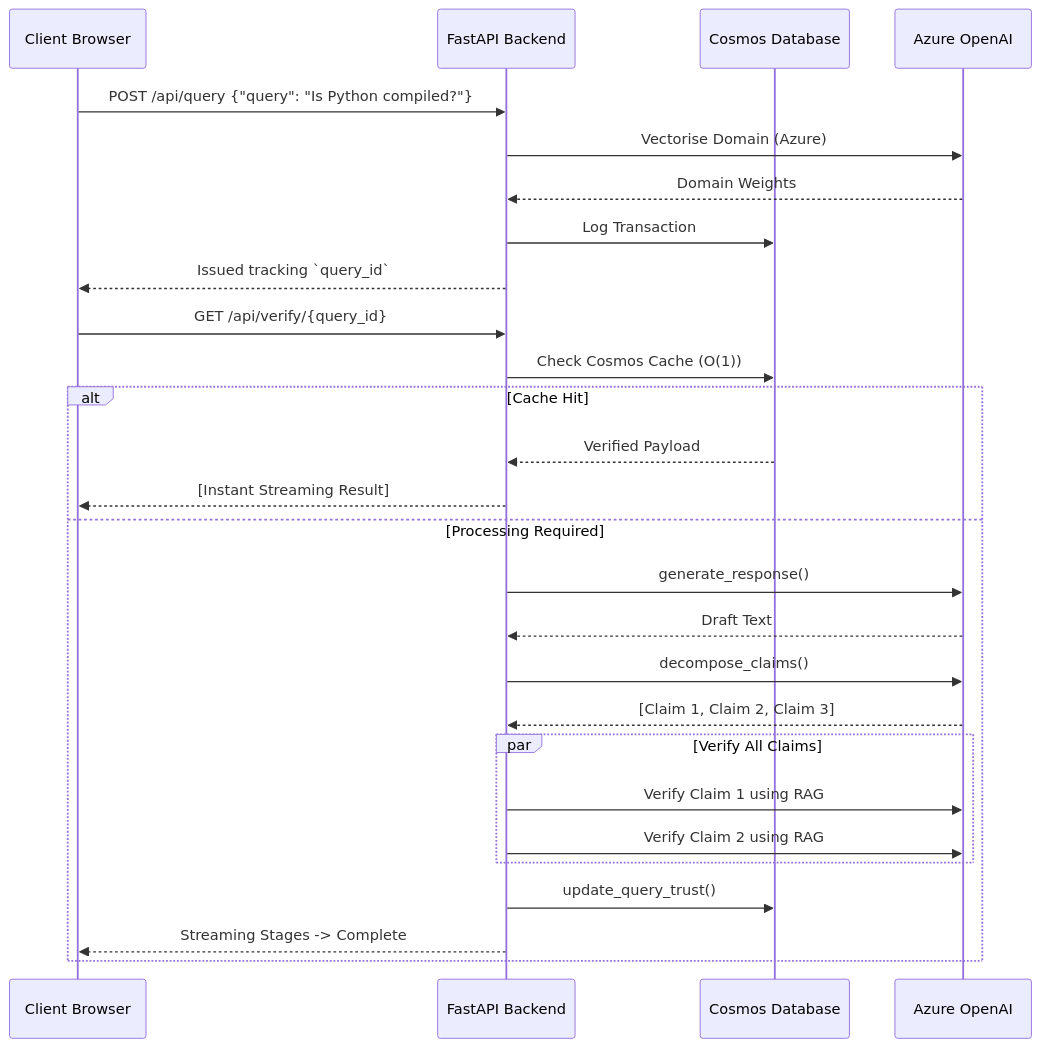
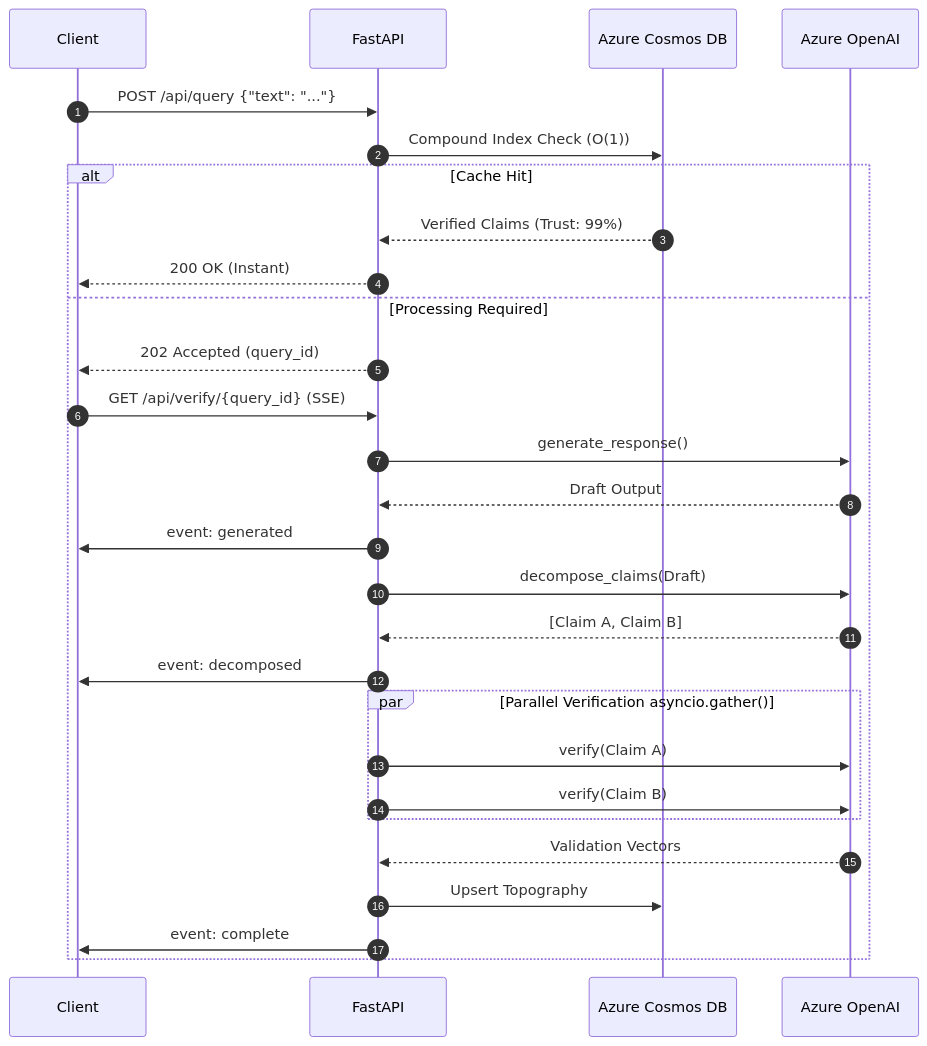
Before and after one commit to Raakshass/TruthMesh: the second of 2 diagrams in README.md, drawn with Mermaid. The commit also changed other lines of this file, not shown here.

Commit message:
docs: expand README with deep technical architecture and mermaid flows

````diff
--- a/README.md
+++ b/README.md
@@ -49,32 +64,36 @@
 ```mermaid
 sequenceDiagram
-    participant User as Client Browser
-    participant API as FastAPI Backend
-    participant DB as Cosmos Database
-    participant AI as Azure OpenAI
+    autonumber
+    participant Client
+    participant API as FastAPI
+    participant DB as Azure Cosmos DB
+    participant AI as Azure OpenAI 
 
-    User->>API: POST /api/query {"query": "Is Python compiled?"}
-    API->>AI: Vectorise Domain (Azure)
-    AI-->>API: Domain Weights
-    API->>DB: Log Transaction
-    API-->>User: Issued tracking `query_id`
-
-    User->>API: GET /api/verify/{query_id}
-    API->>DB: Check Cosmos Cache (O(1))
+    Client->>API: POST /api/query {"text": "..."}
+    API->>DB: Compound Index Check (O(1))
     
     alt Cache Hit
-        DB-->>API: Verified Payload
-        API-->>User: [Instant Streaming Result]
+        DB-->>API: Verified Claims (Trust: 99%)
+        API-->>Client: 200 OK (Instant)
     else Processing Required
+        API-->>Client: 202 Accepted (query_id)
+        Client->>API: GET /api/verify/{query_id} (SSE)
+        
         API->>AI: generate_response()
-        AI-->>API: Draft Text
-        API->>AI: decompose_claims()
-        AI-->>API: [Claim 1, Claim 2, Claim 3]
-        par Verify All Claims
-            API->>AI: Verify Claim 1 using RAG
-            API->>AI: Verify Claim 2 using RAG
+        AI-->>API: Draft Output
+        API->>Client: event: generated
+        
+        API->>AI: decompose_claims(Draft)
+        AI-->>API: [Claim A, Claim B]
+        API->>Client: event: decomposed
+        
+        par Parallel Verification asyncio.gather()
+            API->>AI: verify(Claim A)
+            API->>AI: verify(Claim B)
         end
-        API->>DB: update_query_trust()
-        API-->>User: Streaming Stages -> Complete
+        AI-->>API: Validation Vectors
+        
+        API->>DB: Upsert Topography
+        API->>Client: event: complete
     end
 ```
````
